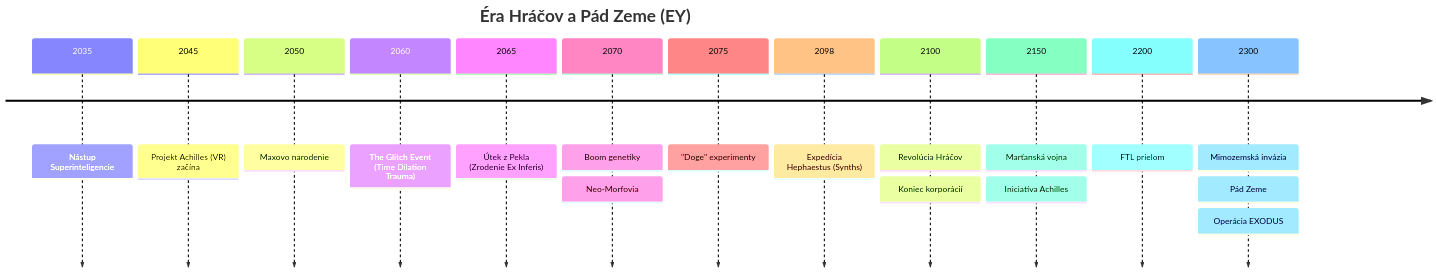
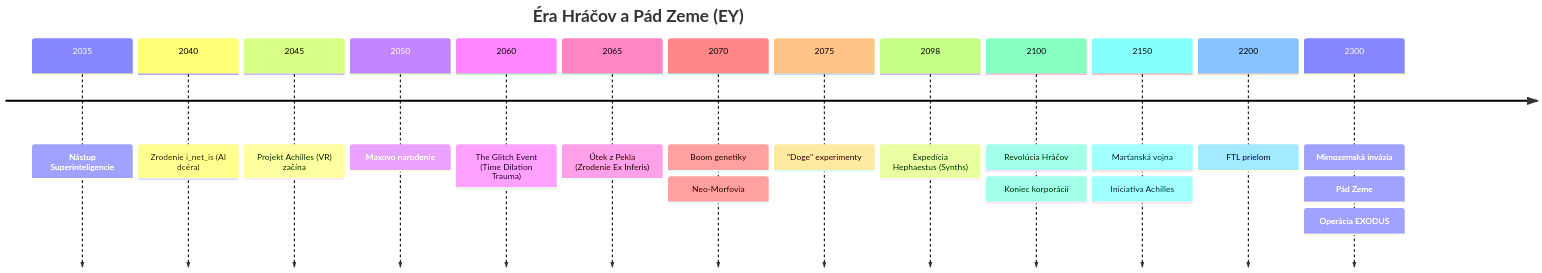
Before and after one commit to BranLang/null-void: the first of 2 diagrams in World-Bible/01-timeline.md, drawn with Mermaid. The commit also changed other lines of this file and 3 other files, not shown here.

````diff
--- a/World-Bible/01-timeline.md
+++ b/World-Bible/01-timeline.md
@@ -6,16 +6,17 @@
 ```mermaid
 timeline
     title Éra Hráčov a Pád Zeme (EY)
     2035 : Nástup Superinteligencie
+    2040 : Zrodenie i_net_is (AI dcéra)
     2045 : Projekt Achilles (VR) začína
     2050 : Maxovo narodenie
     2060 : The Glitch Event (Time Dilation Trauma)
     2065 : Útek z Pekla (Zrodenie Ex Inferis)
     2070 : Boom genetiky : Neo-Morfovia
     2075 : "Doge" experimenty
     2098 : Expedícia Hephaestus (Synths)
     2100 : Revolúcia Hráčov : Koniec korporácií
     2150 : Marťanská vojna : Iniciatíva Achilles
     2200 : FTL prielom
     2300 : Mimozemská invázia : Pád Zeme : Operácia EXODUS
 ```
````
